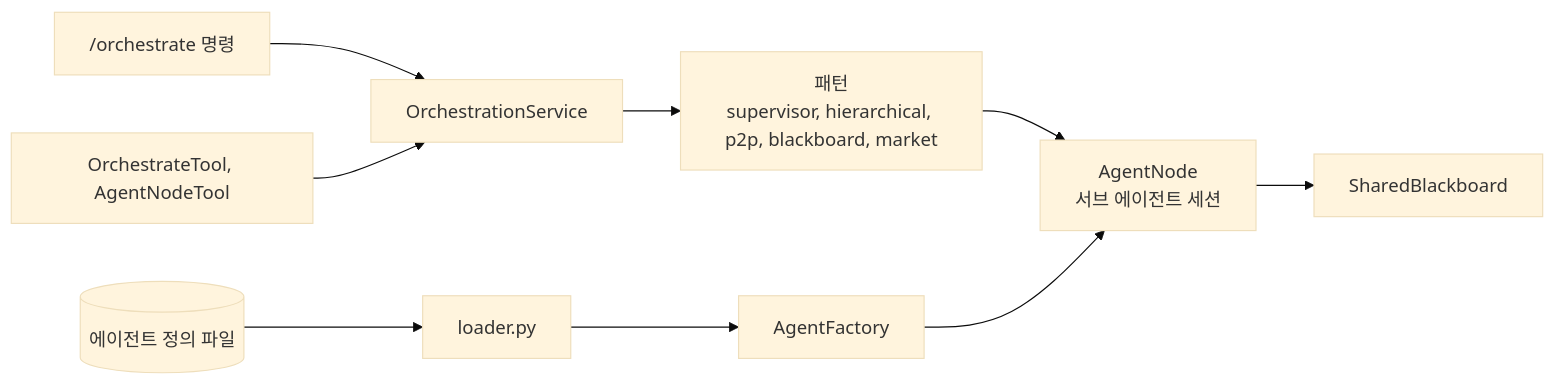
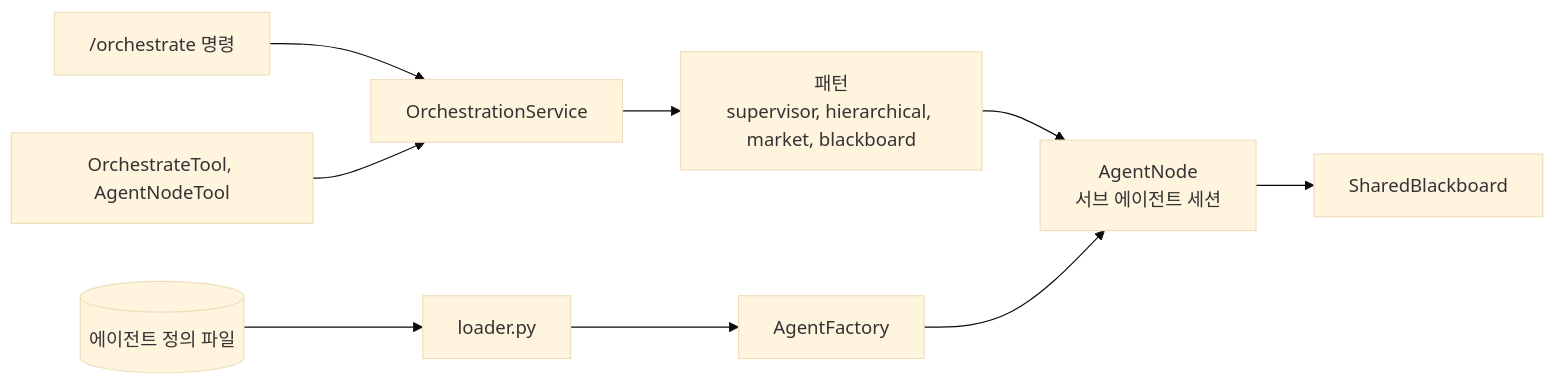
One commit to ash-hun/jarvis-agent changed the second of 2 diagrams in website/docs/concepts/multi-agent-orchestration/orchestration-pattern.md. Above: the diagram before and after it, drawn with Mermaid (base theme). The commit also changed other lines of this file and 32 other files, not shown here.

````diff
--- a/website/docs/concepts/multi-agent-orchestration/orchestration-pattern.md
+++ b/website/docs/concepts/multi-agent-orchestration/orchestration-pattern.md
@@ -92,11 +92,11 @@
 ```mermaid
 flowchart LR
   CMD["/orchestrate 명령"] --> SVC[OrchestrationService]
   TOOL[OrchestrateTool, AgentNodeTool] --> SVC
   DEF[(에이전트 정의 파일)] --> LOAD[loader.py]
   LOAD --> FAC[AgentFactory]
-  SVC --> TOP[패턴<br/>supervisor, hierarchical, p2p, blackboard, market]
+  SVC --> TOP[패턴<br/>supervisor, hierarchical, market, blackboard]
   TOP --> NODE[AgentNode<br/>서브 에이전트 세션]
   FAC --> NODE
   NODE --> BB[SharedBlackboard]
 ```
````
